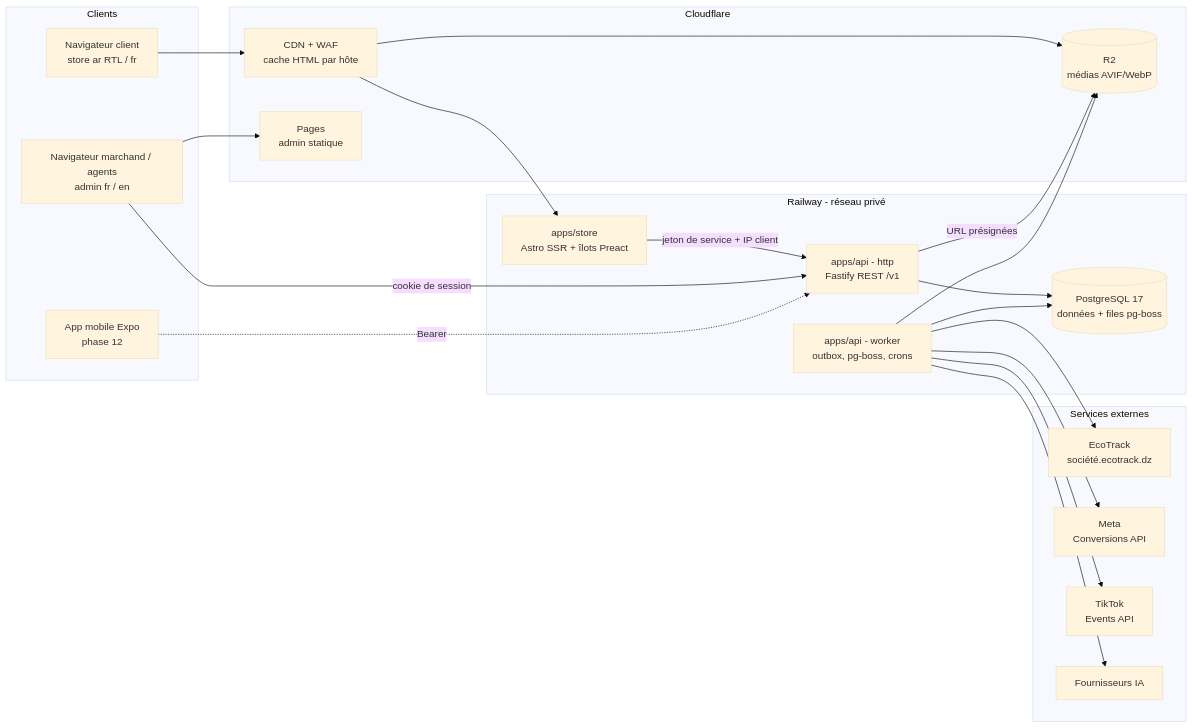
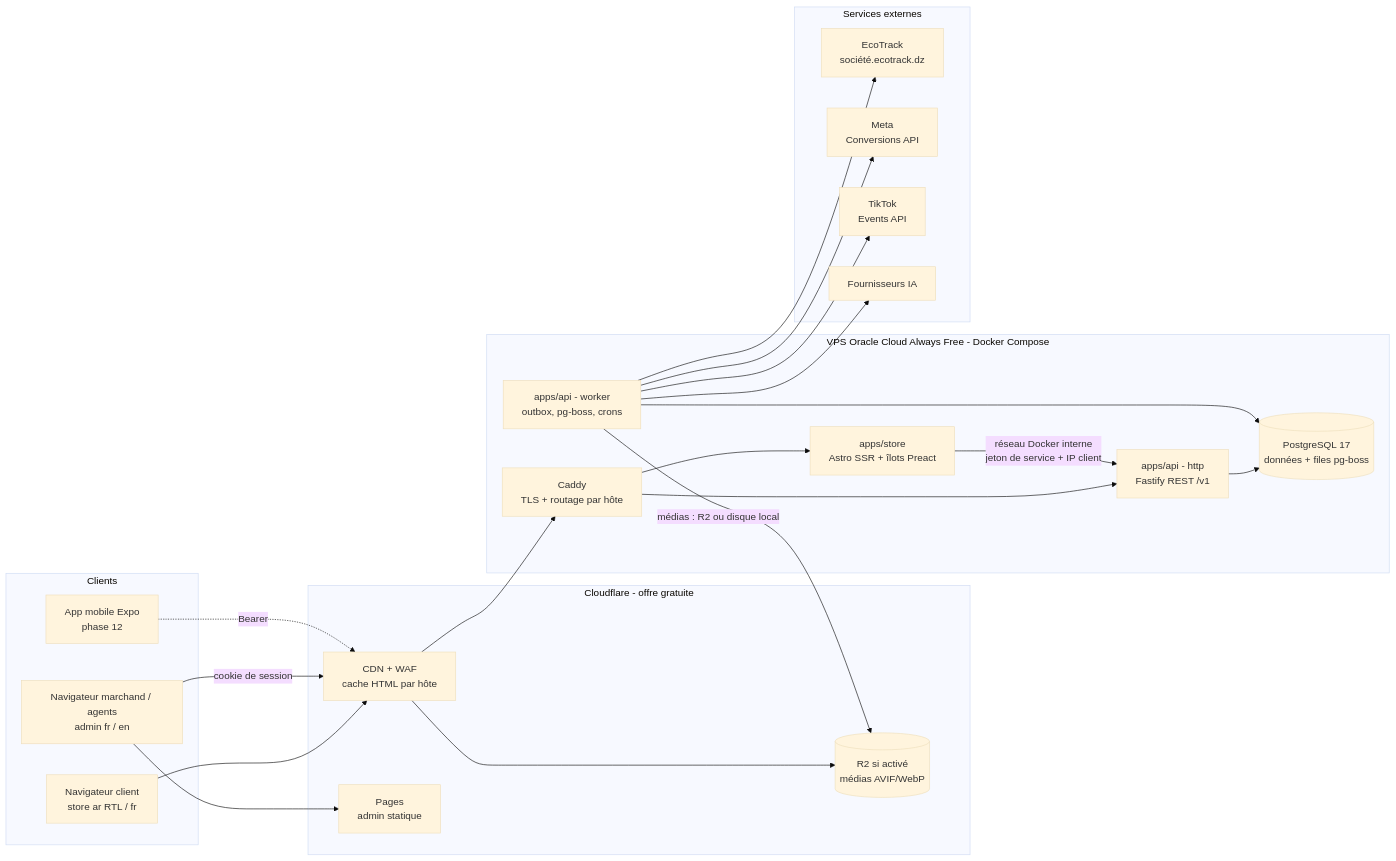
One commit to yanisbelharet/DZSTORE changed the first of 4 diagrams in docs/ARCHITECTURE.md. Above: the diagram before and after it, drawn with Mermaid (base theme). The commit also changed other lines of this file and 4 other files, not shown here.

First line of the commit message:
docs(adr): hébergement gratuit sur VPS Oracle Cloud Always Free + Cloudflare

````diff
--- a/docs/ARCHITECTURE.md
+++ b/docs/ARCHITECTURE.md
@@ -23,43 +23,45 @@
 ```mermaid
 flowchart LR
   subgraph CLIENTS["Clients"]
     CUST["Navigateur client<br/>store ar RTL / fr"]
     AGENT["Navigateur marchand / agents<br/>admin fr / en"]
     MOB["App mobile Expo<br/>phase 12"]
   end
 
-  subgraph CF["Cloudflare"]
+  subgraph CF["Cloudflare - offre gratuite"]
     CDN["CDN + WAF<br/>cache HTML par hôte"]
     PAGES["Pages<br/>admin statique"]
-    R2[("R2<br/>médias AVIF/WebP")]
+    R2[("R2 si activé<br/>médias AVIF/WebP")]
   end
 
-  subgraph RW["Railway - réseau privé"]
+  subgraph RW["VPS Oracle Cloud Always Free - Docker Compose"]
+    CADDY["Caddy<br/>TLS + routage par hôte"]
     STORE["apps/store<br/>Astro SSR + îlots Preact"]
     API["apps/api - http<br/>Fastify REST /v1"]
     WORKER["apps/api - worker<br/>outbox, pg-boss, crons"]
     PG[("PostgreSQL 17<br/>données + files pg-boss")]
   end
 
   subgraph EXT["Services externes"]
     ECO["EcoTrack<br/>société.ecotrack.dz"]
     META["Meta<br/>Conversions API"]
     TT["TikTok<br/>Events API"]
     AI["Fournisseurs IA"]
   end
 
-  CUST --> CDN --> STORE
-  STORE -- "jeton de service + IP client" --> API
+  CUST --> CDN --> CADDY
+  CADDY --> STORE
+  CADDY --> API
+  STORE -- "réseau Docker interne<br/>jeton de service + IP client" --> API
   AGENT --> PAGES
-  AGENT -- "cookie de session" --> API
-  MOB -. "Bearer" .-> API
+  AGENT -- "cookie de session" --> CDN
+  MOB -. "Bearer" .-> CDN
   API --> PG
   WORKER --> PG
-  API -- "URL présignées" --> R2
-  WORKER --> R2
+  WORKER -- "médias : R2 ou disque local" --> R2
   CDN --> R2
   WORKER --> ECO
   WORKER --> META
   WORKER --> TT
   WORKER --> AI
 ```
````
